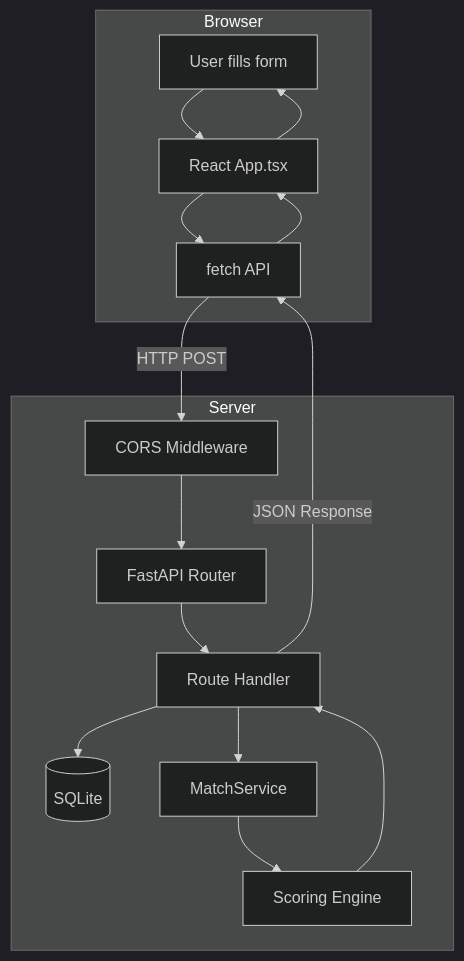
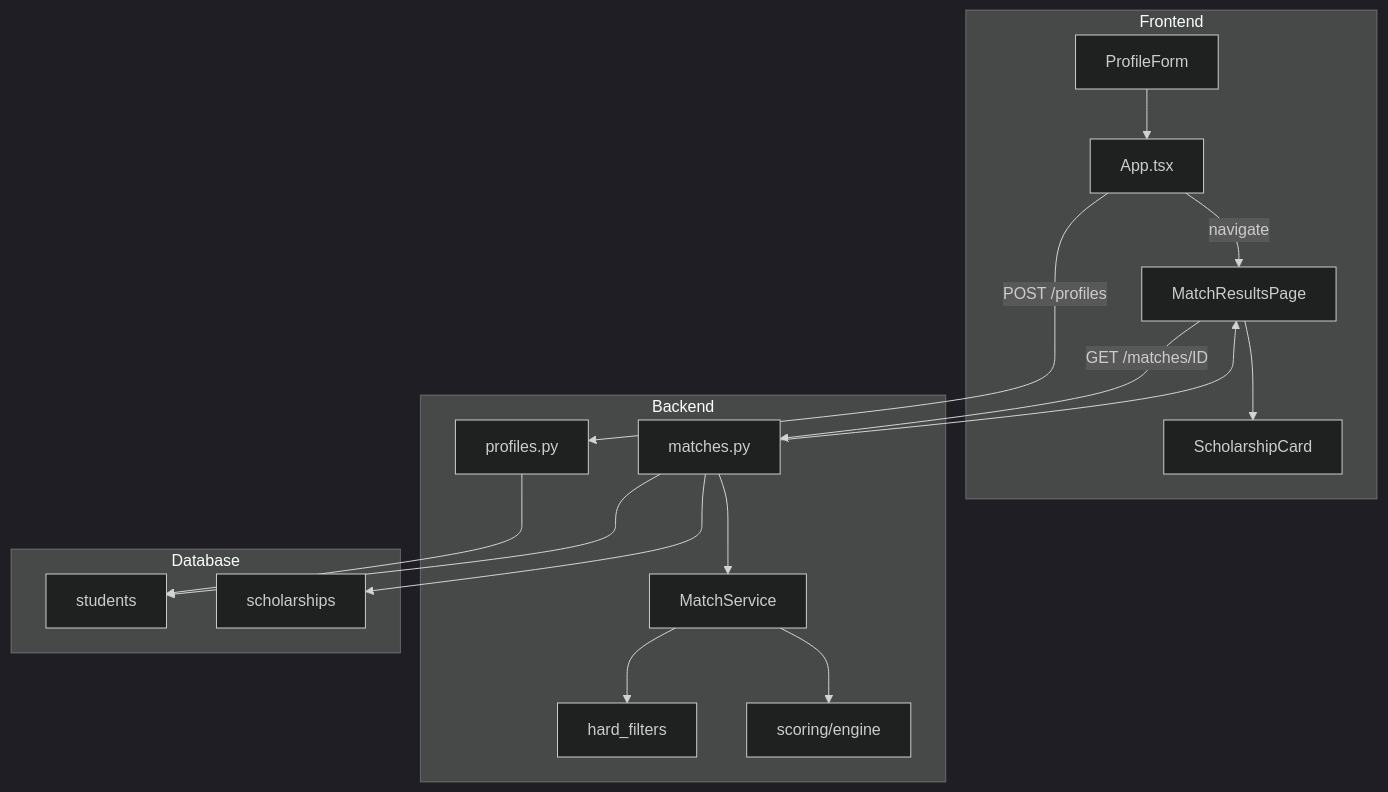
Before and after one commit to Manabatman/scholarship-match: the first of 2 diagrams in ENGINEERING_HANDBOOK.md, drawn with Mermaid (dark theme). The commit also changed other lines of this file and 14 other files, not shown here.

````diff
--- a/ENGINEERING_HANDBOOK.md
+++ b/ENGINEERING_HANDBOOK.md
@@ -64,30 +543,35 @@
 ```mermaid
 flowchart TB
-    subgraph Browser [Browser]
-        User[User fills form]
-        React[React App.tsx]
-        Fetch[fetch API]
-    end
-    
-    subgraph Server [Server]
-        CORS[CORS Middleware]
-        FastAPI[FastAPI Router]
-        Handler[Route Handler]
-        DB[(SQLite)]
-        MatchService[MatchService]
-        Scoring[Scoring Engine]
-    end
-    
-    User --> React
-    React --> Fetch
-    Fetch -->|HTTP POST| CORS
-    CORS --> FastAPI
-    FastAPI --> Handler
-    Handler --> DB
-    Handler --> MatchService
-    MatchService --> Scoring
-    Scoring --> Handler
-    Handler -->|JSON Response| Fetch
-    Fetch --> React
-    React --> User
+  subgraph frontend [Frontend]
+    ProfileForm[ProfileForm]
+    AppTsx[App.tsx]
+    MatchPage[MatchResultsPage]
+    ScholarshipCard[ScholarshipCard]
+  end
+
+  subgraph backend [Backend]
+    ProfilesAPI[profiles.py]
+    MatchesAPI[matches.py]
+    MatchSvc[MatchService]
+    HardFilters[hard_filters]
+    ScoringEng[scoring/engine]
+  end
+
+  subgraph db [Database]
+    Students[students]
+    Scholarships[scholarships]
+  end
+
+  ProfileForm --> AppTsx
+  AppTsx -->|POST /profiles| ProfilesAPI
+  ProfilesAPI --> Students
+  AppTsx -->|navigate| MatchPage
+  MatchPage -->|GET /matches/ID| MatchesAPI
+  MatchesAPI --> Students
+  MatchesAPI --> Scholarships
+  MatchesAPI --> MatchSvc
+  MatchSvc --> HardFilters
+  MatchSvc --> ScoringEng
+  MatchesAPI --> MatchPage
+  MatchPage --> ScholarshipCard
 ```
````
